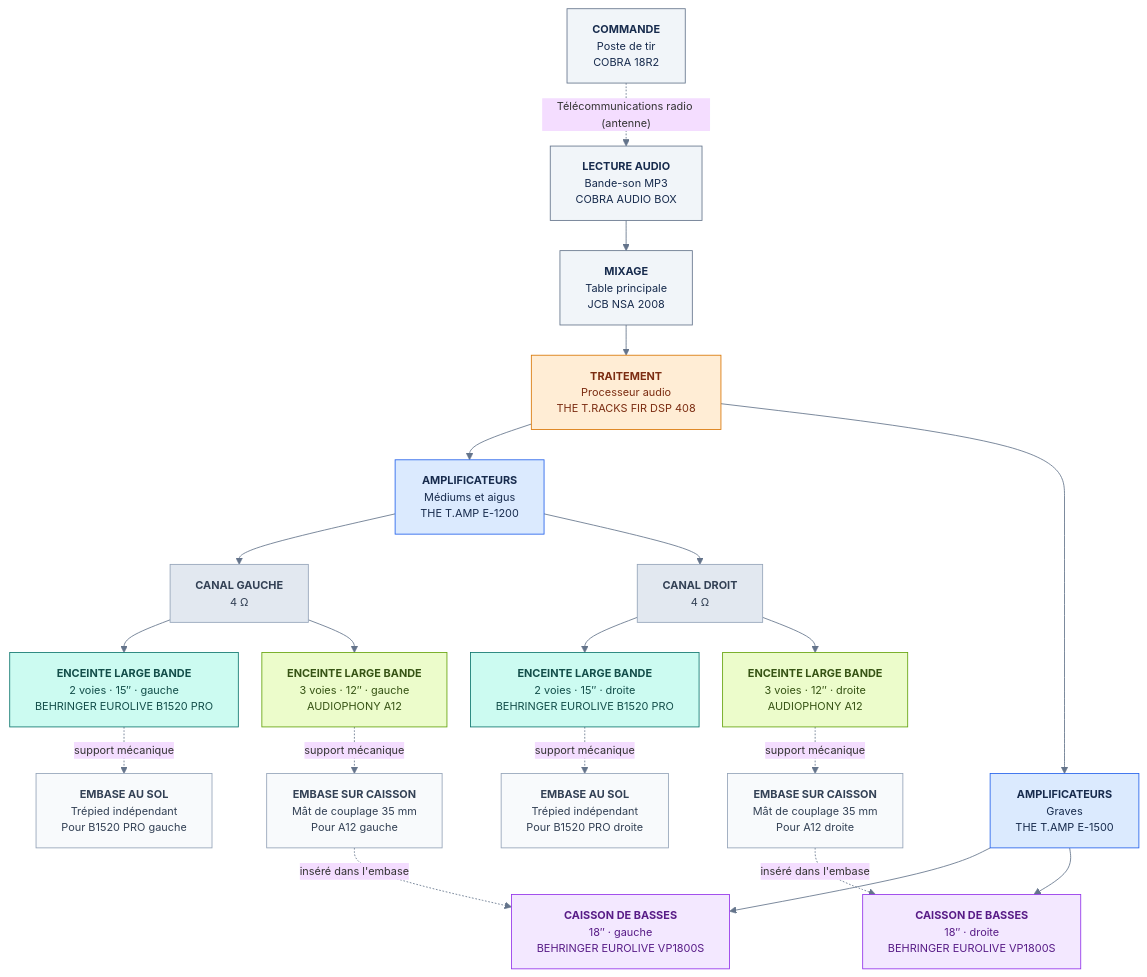
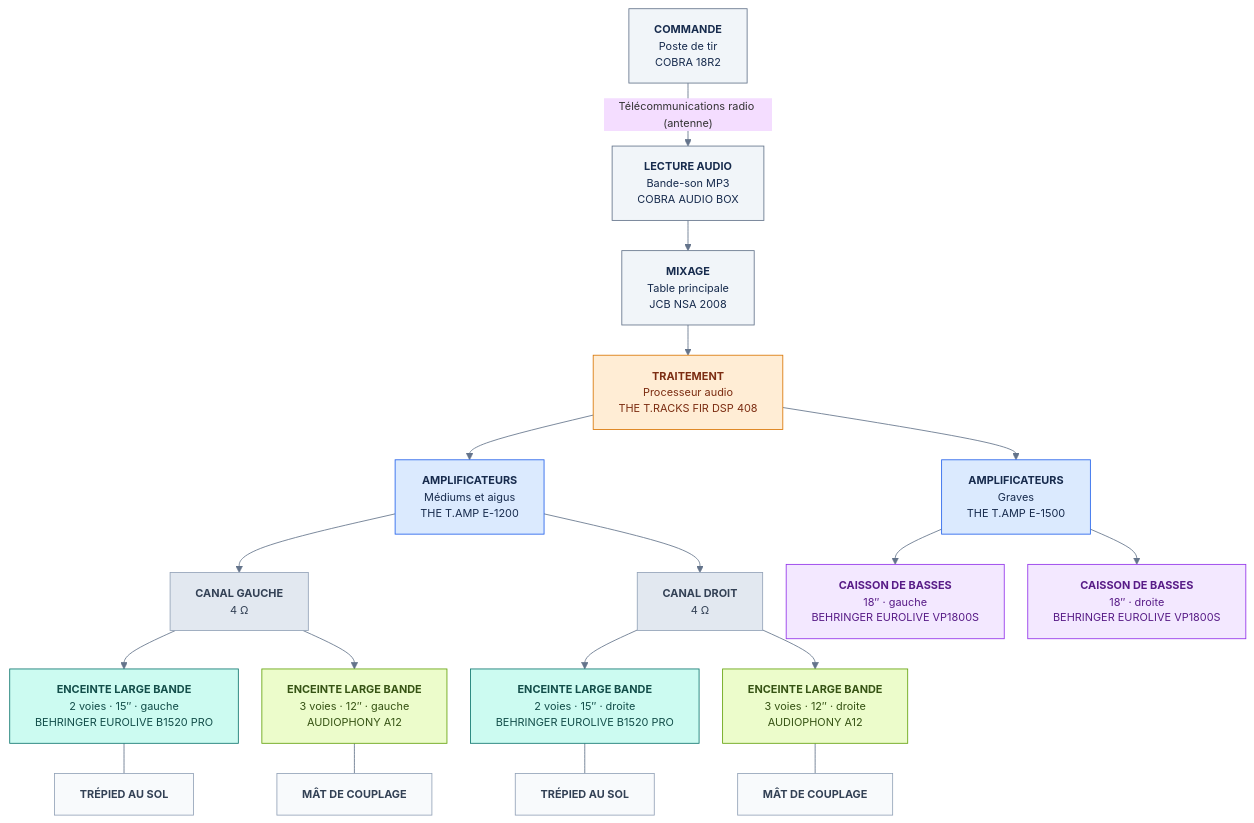
The first of 3 diagrams in README.md (HAZIT-FR/PGE-SONO), drawn with Mermaid before and after one commit. The commit also changed other lines of this file, not shown here.

Commit message:
docs: revenir au schéma sobre avec quatre supports enfants

```diff
--- a/README.md
+++ b/README.md
@@ -34,59 +34,58 @@
 ~~~mermaid
 %%{init: {"flowchart": {"nodeSpacing": 28, "rankSpacing": 36, "htmlLabels": true, "wrappingWidth": 320}, "theme": "base", "themeVariables": {"fontSize": "13px", "lineColor": "#64748b"}}}%%
 flowchart TB
   A["<b>COMMANDE</b><br/>Poste de tir<br/>COBRA 18R2"]
   B["<b>LECTURE AUDIO</b><br/>Bande-son MP3<br/>COBRA AUDIO BOX"]
   C["<b>MIXAGE</b><br/>Table principale<br/>JCB NSA 2008"]
   D["<b>TRAITEMENT</b><br/>Processeur audio<br/>THE T.RACKS FIR DSP 408"]
   E["<b>AMPLIFICATEURS</b><br/>Médiums et aigus<br/>THE T.AMP E-1200"]
   F["<b>AMPLIFICATEURS</b><br/>Graves<br/>THE T.AMP E-1500"]
   LG["<b>CANAL GAUCHE</b><br/>4 Ω"]
   LD["<b>CANAL DROIT</b><br/>4 Ω"]
   BG["<b>ENCEINTE LARGE BANDE</b><br/>2 voies · 15″ · gauche<br/>BEHRINGER EUROLIVE B1520 PRO"]
   BD["<b>ENCEINTE LARGE BANDE</b><br/>2 voies · 15″ · droite<br/>BEHRINGER EUROLIVE B1520 PRO"]
   AG["<b>ENCEINTE LARGE BANDE</b><br/>3 voies · 12″ · gauche<br/>AUDIOPHONY A12"]
   AD["<b>ENCEINTE LARGE BANDE</b><br/>3 voies · 12″ · droite<br/>AUDIOPHONY A12"]
   SG["<b>CAISSON DE BASSES</b><br/>18″ · gauche<br/>BEHRINGER EUROLIVE VP1800S"]
   SD["<b>CAISSON DE BASSES</b><br/>18″ · droite<br/>BEHRINGER EUROLIVE VP1800S"]
-  TB_G["<b>EMBASE AU SOL</b><br/>Trépied indépendant<br/>Pour B1520 PRO gauche"]
-  TB_D["<b>EMBASE AU SOL</b><br/>Trépied indépendant<br/>Pour B1520 PRO droite"]
-  MA_G["<b>EMBASE SUR CAISSON</b><br/>Mât de couplage 35 mm<br/>Pour A12 gauche"]
-  MA_D["<b>EMBASE SUR CAISSON</b><br/>Mât de couplage 35 mm<br/>Pour A12 droite"]
 
-  A -. "Télécommunications radio (antenne)" .-> B
+  TG["<b>TRÉPIED AU SOL</b>"]
+  TD["<b>TRÉPIED AU SOL</b>"]
+  MG["<b>MÂT DE COUPLAGE</b>"]
+  MD["<b>MÂT DE COUPLAGE</b>"]
+
+  A -- "Télécommunications radio (antenne)" --> B
   B --> C --> D
   D --> E
   D --> F
   E --> LG
   E --> LD
   LG --> BG
   LG --> AG
   LD --> BD
   LD --> AD
   F --> SG
   F --> SD
 
-  BG -. "support mécanique" .-> TB_G
-  BD -. "support mécanique" .-> TB_D
-  AG -. "support mécanique" .-> MA_G
-  AD -. "support mécanique" .-> MA_D
-  MA_G -. "inséré dans l'embase" .-> SG
-  MA_D -. "inséré dans l'embase" .-> SD
+  BG --- TG
+  BD --- TD
+  AG --- MG
+  AD --- MD
 
   classDef commande fill:#f1f5f9,stroke:#64748b,color:#172b4d;
   classDef processeur fill:#ffedd5,stroke:#d97706,color:#7c2d12;
   classDef amplis fill:#dbeafe,stroke:#2563eb,color:#172b4d;
   classDef canaux fill:#e2e8f0,stroke:#94a3b8,color:#334155;
   classDef principales fill:#ccfbf1,stroke:#0f766e,color:#134e4a;
   classDef appoint fill:#ecfccb,stroke:#65a30d,color:#365314;
   classDef basses fill:#f3e8ff,stroke:#9333ea,color:#581c87;
   classDef support fill:#f8fafc,stroke:#94a3b8,color:#334155;
   class A,B,C commande;
   class D processeur;
   class E,F amplis;
   class LG,LD canaux;
   class BG,BD principales;
   class AG,AD appoint;
   class SG,SD basses;
-  class TB_G,TB_D,MA_G,MA_D support;
+  class TG,TD,MG,MD support;
 ~~~
```
